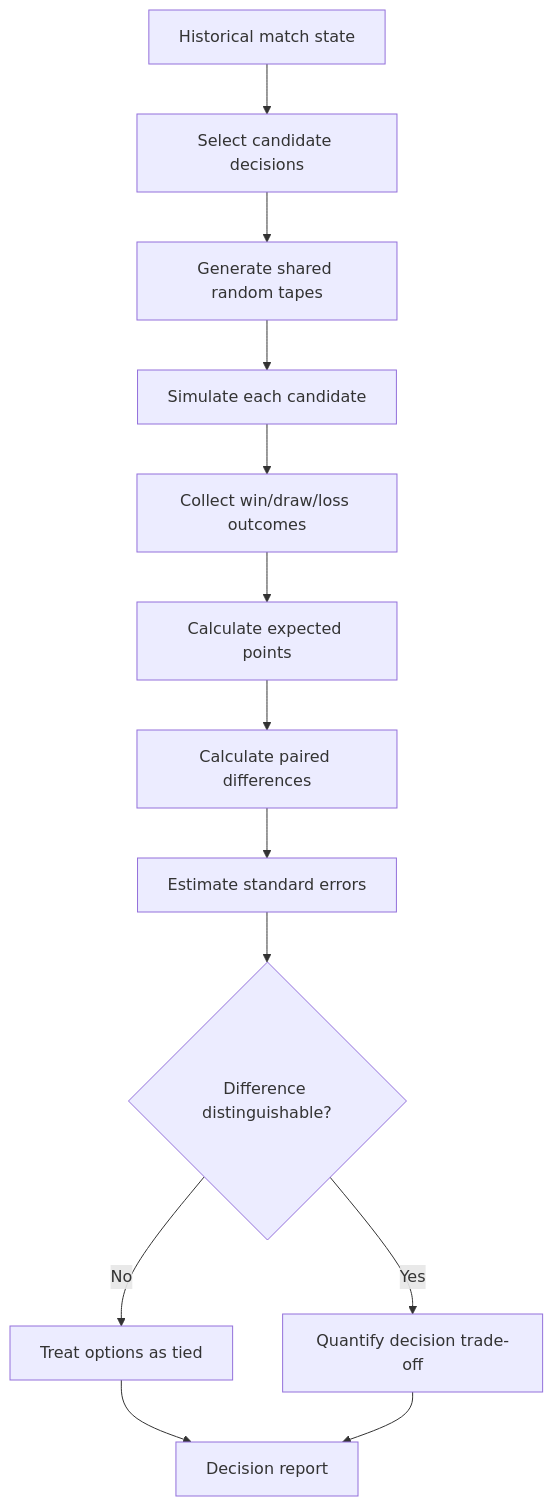
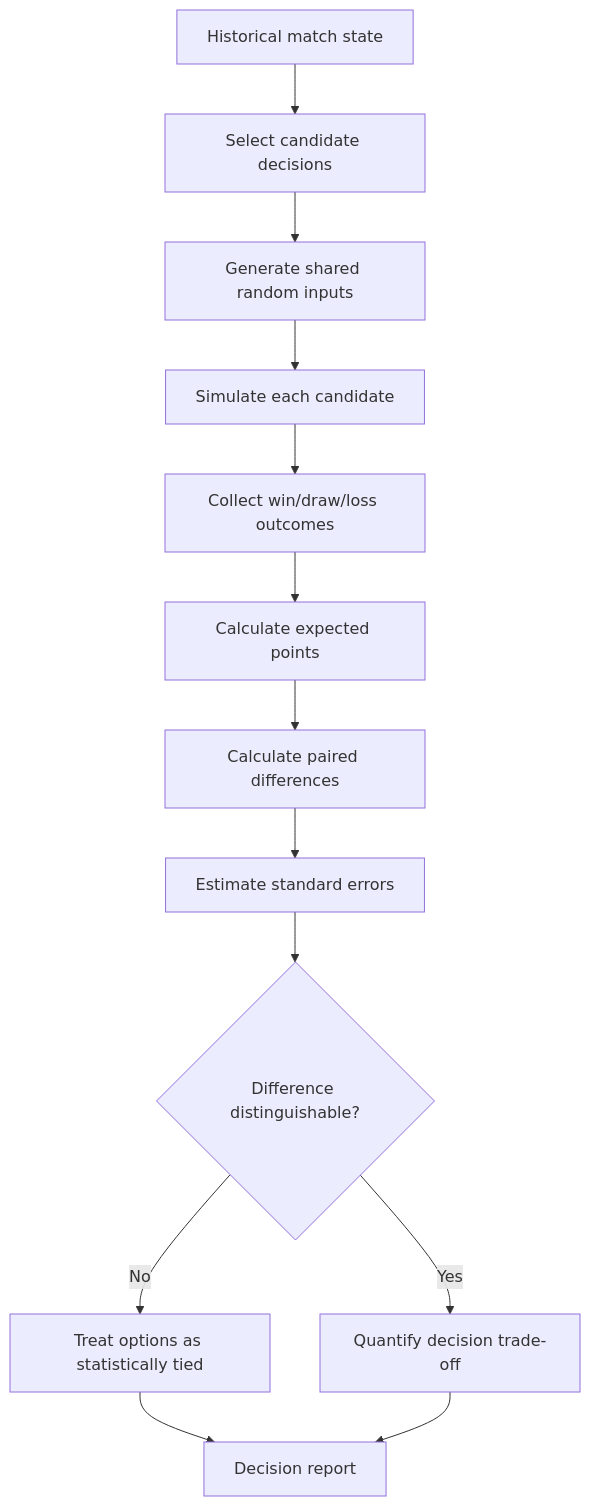
The diagram in assets/simulation-workflow.mmd (chizkidd/fergie-time-analytics), drawn with Mermaid before and after one commit. The commit also changed 13 other files, not shown here.

First line of the commit message:
`docs: update methodology, evaluation, and limitations. add copyright notice, verify examples, and update architecture diagrams`

```diff
--- a/assets/simulation-workflow.mmd
+++ b/assets/simulation-workflow.mmd
@@ -1,13 +1,13 @@
 flowchart TD
     A["Historical match state"] --> B["Select candidate decisions"]
-    B --> C["Generate shared random tapes"]
+    B --> C["Generate shared random inputs"]
     C --> D["Simulate each candidate"]
     D --> E["Collect win/draw/loss outcomes"]
     E --> F["Calculate expected points"]
     F --> G["Calculate paired differences"]
     G --> H["Estimate standard errors"]
     H --> I{"Difference distinguishable?"}
-    I -->|No| J["Treat options as tied"]
+    I -->|No| J["Treat options as statistically tied"]
     I -->|Yes| K["Quantify decision trade-off"]
     J --> L["Decision report"]
     K --> L
```
